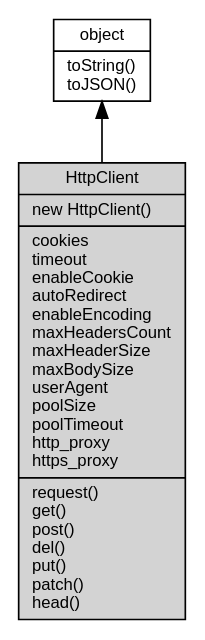
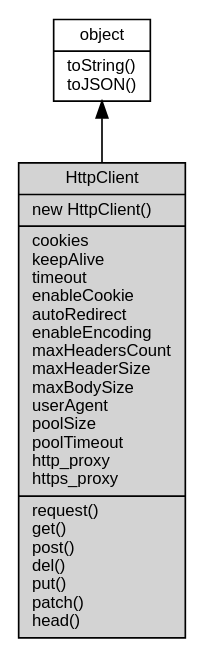
One commit to fibjs/fibjs.org changed the diagram in docs/manual/object/ifs/HttpClient.md. Above: the diagram before and after it, drawn with Graphviz. The commit also changed other lines of this file and 29 other files, not shown here.

````diff
--- a/docs/manual/object/ifs/HttpClient.md
+++ b/docs/manual/object/ifs/HttpClient.md
@@ -45,10 +45,10 @@
 ```dot
 digraph {
     node [fontname="Helvetica,sans-Serif", fontsize=10, shape="record", style="filled", fillcolor="white"];
 
     object [tooltip="object", URL="object.md", label="{object|toString()\ltoJSON()\l}"];
-    HttpClient [tooltip="HttpClient", fillcolor="lightgray", id="me", label="{HttpClient|new HttpClient()\l|cookies\ltimeout\lenableCookie\lautoRedirect\lenableEncoding\lmaxHeadersCount\lmaxHeaderSize\lmaxBodySize\luserAgent\lpoolSize\lpoolTimeout\lhttp_proxy\lhttps_proxy\l|request()\lget()\lpost()\ldel()\lput()\lpatch()\lhead()\l}"];
+    HttpClient [tooltip="HttpClient", fillcolor="lightgray", id="me", label="{HttpClient|new HttpClient()\l|cookies\lkeepAlive\ltimeout\lenableCookie\lautoRedirect\lenableEncoding\lmaxHeadersCount\lmaxHeaderSize\lmaxBodySize\luserAgent\lpoolSize\lpoolTimeout\lhttp_proxy\lhttps_proxy\l|request()\lget()\lpost()\ldel()\lput()\lpatch()\lhead()\l}"];
 
     object -> HttpClient [dir=back];
 }
 ```
````
